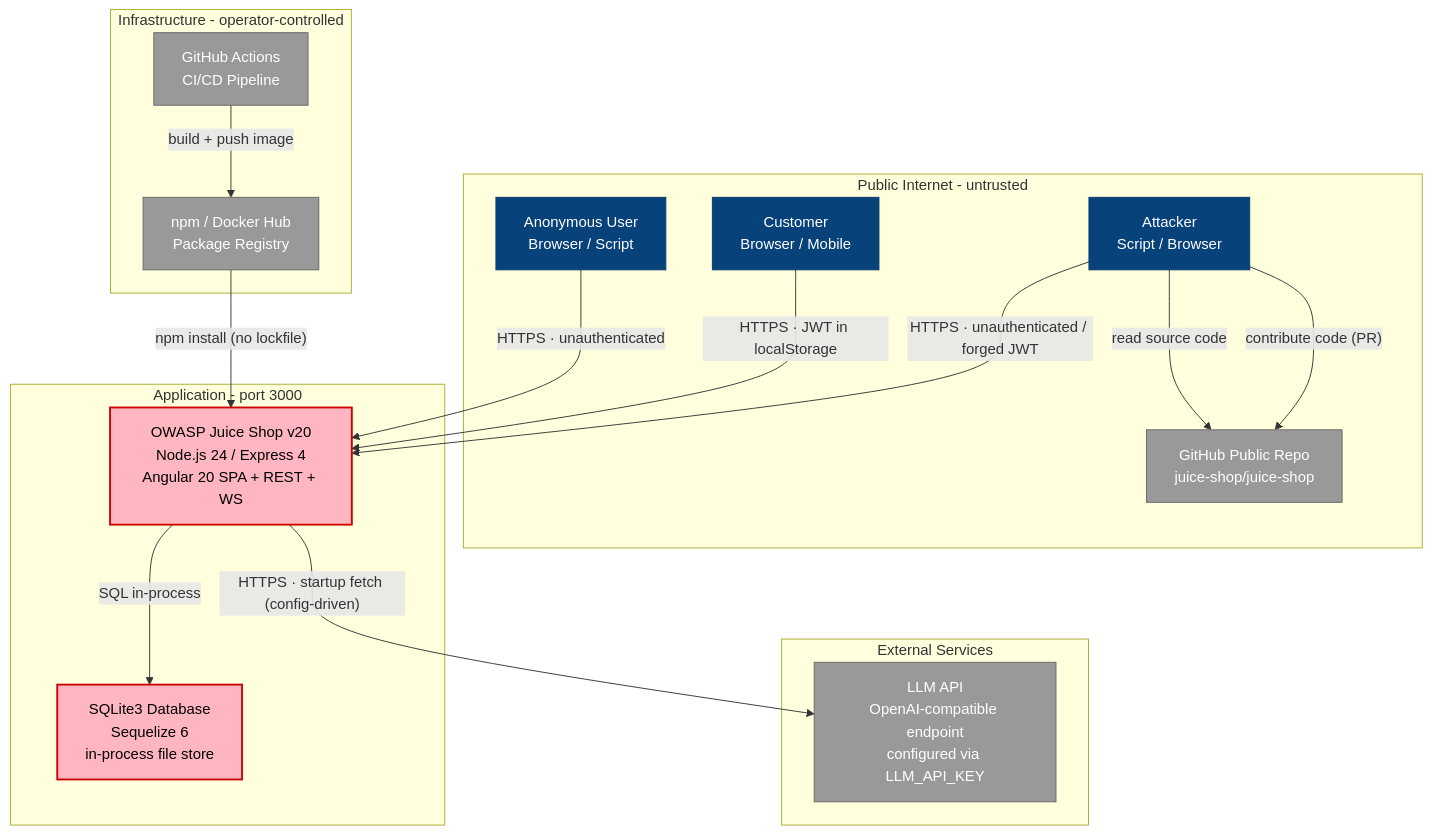
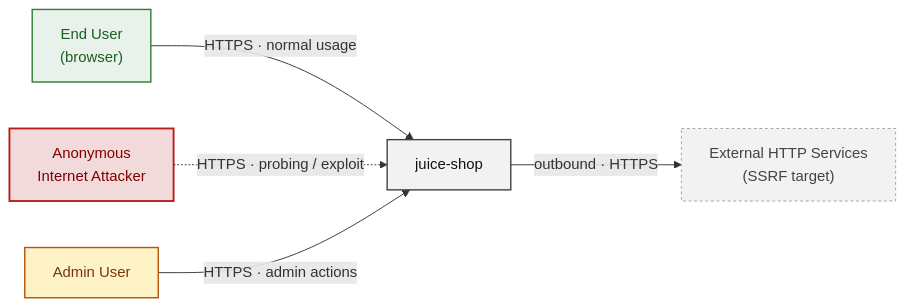
One commit to appsec-foundry/appsec-advisor changed the third of 21 diagrams in examples/threat-modeler/threat-model-juice-shop-standard.md. Above: the diagram before and after it, drawn with Mermaid. The commit also changed other lines of this file and 2 other files, not shown here.

````diff
--- a/examples/threat-modeler/threat-model-juice-shop-standard.md
+++ b/examples/threat-modeler/threat-model-juice-shop-standard.md
@@ -341,45 +341,22 @@
 ```mermaid
-graph TD
-    classDef person   fill:#08427B,stroke:#073B6F,color:#fff
-    classDef system   fill:#1168BD,stroke:#0E5CA8,color:#fff
-    classDef external fill:#999,stroke:#666,color:#fff
-    classDef db       fill:#2E7D32,stroke:#1B5E20,color:#fff
-    classDef risk     fill:#FFB6C1,stroke:#c00,color:#000,stroke-width:2px
-
-    subgraph INTERNET["Public Internet - untrusted"]
-        Anon["Anonymous User<br/>Browser / Script"]
-        Customer["Customer<br/>Browser / Mobile"]
-        Attacker["Attacker<br/>Script / Browser"]
-        GHRepo["GitHub Public Repo<br/>juice-shop/juice-shop"]
-    end
-
-    subgraph INFRA["Infrastructure - operator-controlled"]
-        CI["GitHub Actions<br/>CI/CD Pipeline"]
-        Registry["npm / Docker Hub<br/>Package Registry"]
-    end
-
-    subgraph APP["Application - port 3000"]
-        %% component: juice-shop-monolith
-        App["OWASP Juice Shop v20<br/>Node.js 24 / Express 4<br/>Angular 20 SPA + REST + WS"]
-        %% component: sqlite-db
-        DB["SQLite3 Database<br/>Sequelize 6<br/>in-process file store"]
-    end
-
-    subgraph EXTERNAL_SVC["External Services"]
-        LLM["LLM API<br/>OpenAI-compatible endpoint<br/>configured via LLM_API_KEY"]
-    end
-
-    Anon -->|"HTTPS · unauthenticated"| App
-    Customer -->|"HTTPS · JWT in localStorage"| App
-    Attacker -->|"HTTPS · unauthenticated / forged JWT"| App
-    Attacker -->|"read source code"| GHRepo
-    Attacker -->|"contribute code (PR)"| GHRepo
-    App -->|"SQL in-process"| DB
-    App -->|"HTTPS · startup fetch (config-driven)"| LLM
-    CI -->|"build + push image"| Registry
-    Registry -->|"npm install (no lockfile)"| App
-
-    class App,DB risk
-    class Anon,Customer,Attacker person
-    class GHRepo,CI,Registry,LLM external
+flowchart LR
+    USER["End User<br/>(browser)"]
+    ATTACKER["Anonymous<br/>Internet Attacker"]
+    ADMIN["Admin User"]
+    SYSTEM["juice-shop"]
+    EXTERNAL["External HTTP Services<br/>(SSRF target)"]
+    USER -->|HTTPS · normal usage| SYSTEM
+    ATTACKER -.->|HTTPS · probing / exploit| SYSTEM
+    ADMIN -->|HTTPS · admin actions| SYSTEM
+    SYSTEM -->|outbound · HTTPS| EXTERNAL
+    classDef user     fill:#e8f1ea,stroke:#2e7d32,color:#1b5e20,stroke-width:1.5px
+    classDef attacker fill:#f3dada,stroke:#b71c1c,color:#7f0000,stroke-width:2px
+    classDef admin    fill:#fef3c7,stroke:#b45309,color:#78350f,stroke-width:1.5px
+    classDef sys      fill:#f2f2f2,stroke:#424242,color:#111,stroke-width:1.5px
+    classDef ext      fill:#f2f2f2,stroke:#9e9e9e,color:#424242,stroke-dasharray:3 3,stroke-width:1px
+    class USER user
+    class ATTACKER attacker
+    class ADMIN admin
+    class SYSTEM sys
+    class EXTERNAL ext
 ```
````
